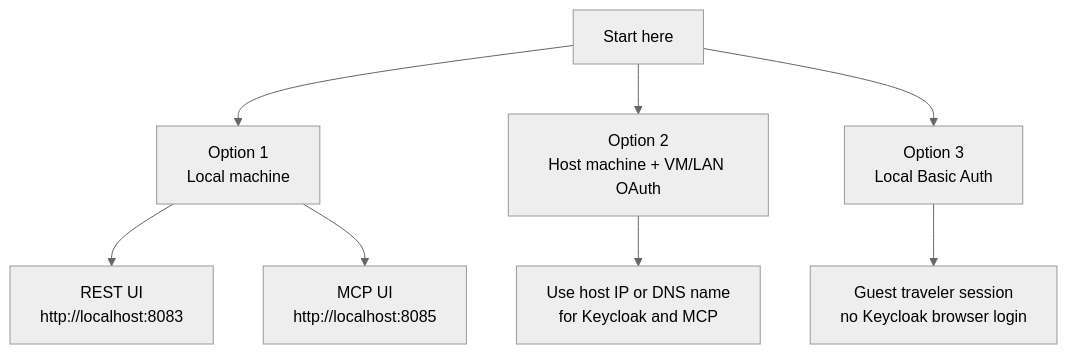
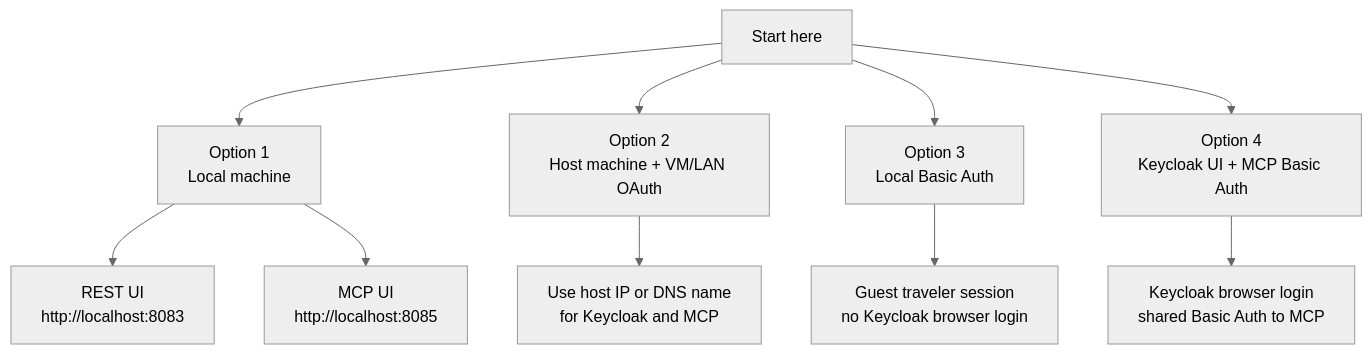
One commit to thomassuedbroecker/galaxium-travels-infrastructure-tsuedbro changed the diagram in QUICKSTART.md. Above: the diagram before and after it, drawn with Mermaid (neutral theme). The commit also changed other lines of this file and 12 other files, not shown here.

First line of the commit message:
update the documentation and add the configuration: UI for Basic auth MCP or generate a new UI to reflect this new configuration.

````diff
--- a/QUICKSTART.md
+++ b/QUICKSTART.md
@@ -13,10 +13,12 @@
 ```mermaid
 flowchart TD
     Start["Start here"] --> Local["Option 1<br/>Local machine"]
     Start --> Lan["Option 2<br/>Host machine + VM/LAN OAuth"]
     Start --> Basic["Option 3<br/>Local Basic Auth"]
+    Start --> Mixed["Option 4<br/>Keycloak UI + MCP Basic Auth"]
     Local --> Rest["REST UI<br/>http://localhost:8083"]
     Local --> Mcp["MCP UI<br/>http://localhost:8085"]
     Lan --> Public["Use host IP or DNS name<br/>for Keycloak and MCP"]
     Basic --> Guest["Guest traveler session<br/>no Keycloak browser login"]
+    Mixed --> MixedFlow["Keycloak browser login<br/>shared Basic Auth to MCP"]
 ```
````
